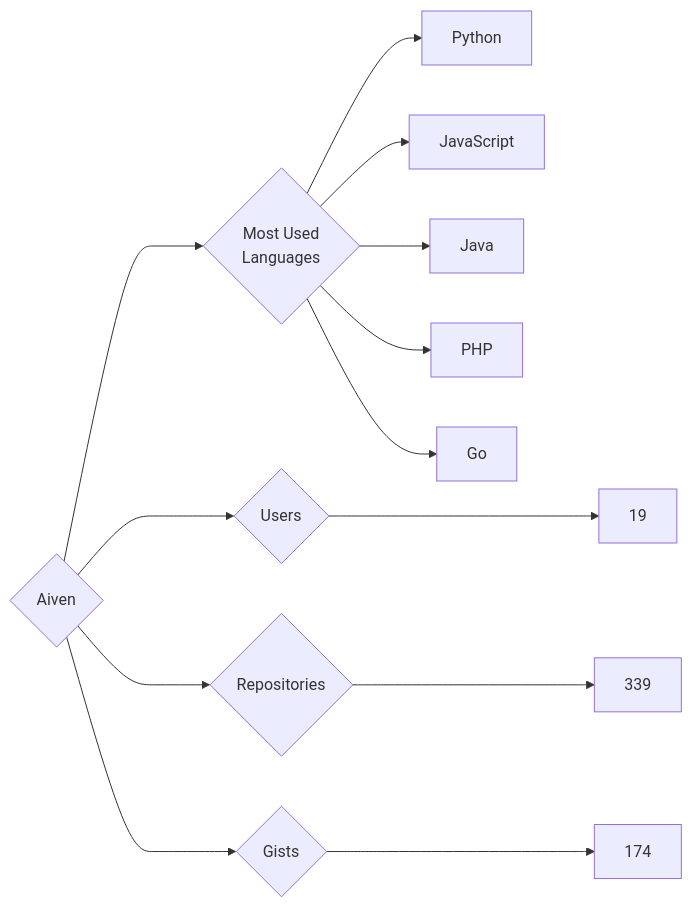
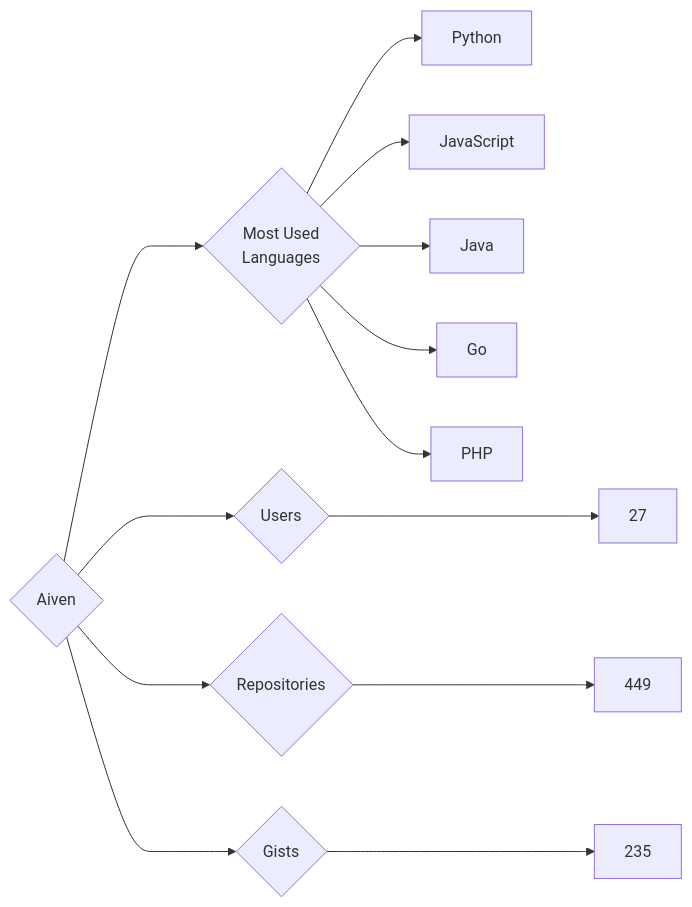
The diagram in targets/Aiven/README.md (trickest/insiders), drawn with Mermaid before and after one commit. The commit also changed 715 other files, not shown here.

````diff
--- a/targets/Aiven/README.md
+++ b/targets/Aiven/README.md
@@ -3,13 +3,13 @@
 ```mermaid
 graph LR
 COMPANY_NAME{Aiven}
-COMPANY_NAME ---> U{Users} ---> UN[19]
-COMPANY_NAME ---> R{Repositories} ---> RN[339]
-COMPANY_NAME ---> G{Gists} ---> GN[174]
+COMPANY_NAME ---> U{Users} ---> UN[27]
+COMPANY_NAME ---> R{Repositories} ---> RN[449]
+COMPANY_NAME ---> G{Gists} ---> GN[235]
 COMPANY_NAME ---> ML{Most Used<br>Languages}
 ML --> Python[Python]
 ML --> JavaScript[JavaScript]
 ML --> Java[Java]
+ML --> Go[Go]
 ML --> PHP[PHP]
-ML --> Go[Go]
 ```
````
